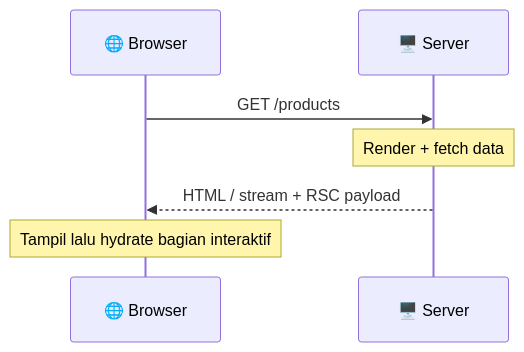
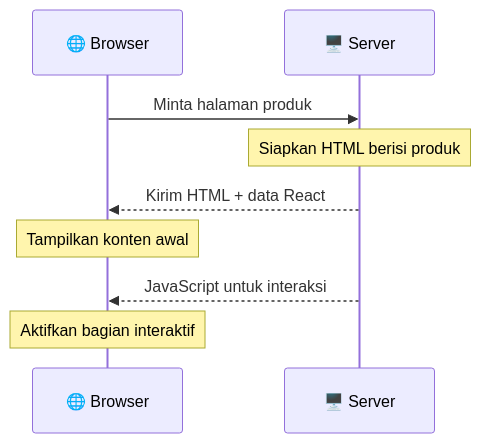
Before and after one commit to hurifajri/a-z-nextjs: the second of 3 diagrams in pages/modul-01.md, drawn with Mermaid. The commit also changed other lines of this file, not shown here.

````diff
--- a/pages/modul-01.md
+++ b/pages/modul-01.md
@@ -133,9 +142,11 @@
 ```mermaid {scale: 0.75}
 sequenceDiagram
     participant B as 🌐 Browser
     participant S as 🖥️ Server
-    B->>S: GET /products
-    Note over S: Render + fetch data
-    S-->>B: HTML / stream + RSC payload
-    Note over B: Tampil lalu hydrate bagian interaktif
+    B->>S: Minta halaman produk
+    Note over S: Siapkan HTML berisi produk
+    S-->>B: Kirim HTML + data React
+    Note over B: Tampilkan konten awal
+    S-->>B: JavaScript untuk interaksi
+    Note over B: Aktifkan bagian interaktif
 ```
````
